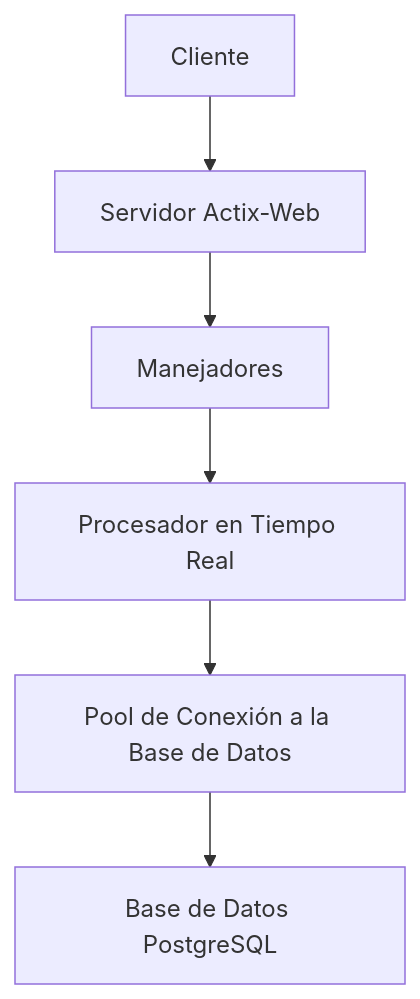
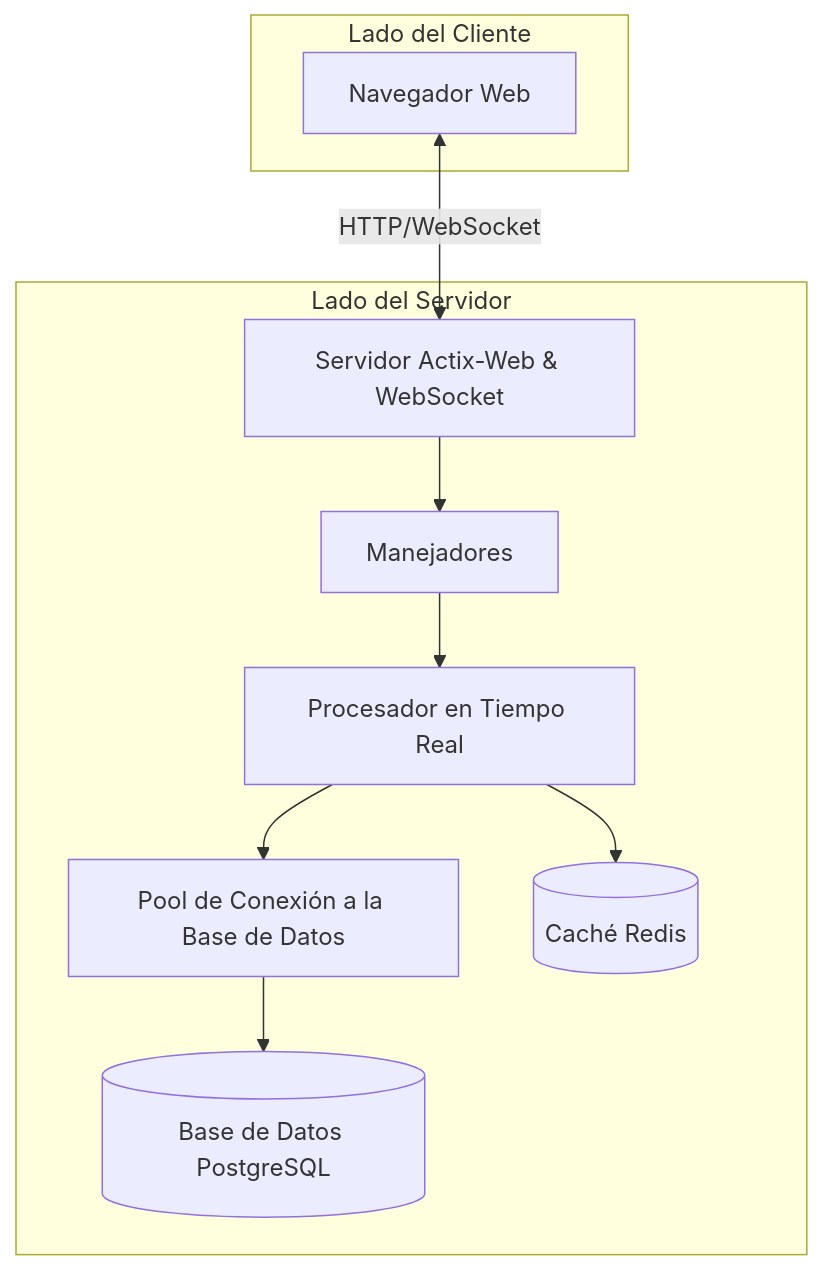
Before and after one commit to JtPerez-Acle/rust_market: the diagram in README_esp.md, drawn with Mermaid. The commit also changed other lines of this file and 2 other files, not shown here.

````diff
--- a/README_esp.md
+++ b/README_esp.md
@@ -31,8 +103,20 @@
 ```mermaid
 flowchart TD
-    A[Cliente] --> B[Servidor Actix-Web]
-    B --> C[Manejadores]
-    C --> D[Procesador en Tiempo Real]
-    D --> E[Pool de Conexión a la Base de Datos]
-    E --> F[Base de Datos PostgreSQL]
+    subgraph Lado del Cliente
+        A[Navegador Web]
+    end
+    subgraph Lado del Servidor
+        B[Servidor Actix-Web & WebSocket]
+        C[Manejadores]
+        D[Procesador en Tiempo Real]
+        E[Pool de Conexión a la Base de Datos]
+        F[(Base de Datos PostgreSQL)]
+        G[(Caché Redis)]
+    end
+    A <-->|HTTP/WebSocket| B
+    B --> C
+    C --> D
+    D --> E
+    E --> F
+    D --> G
 ```
````
